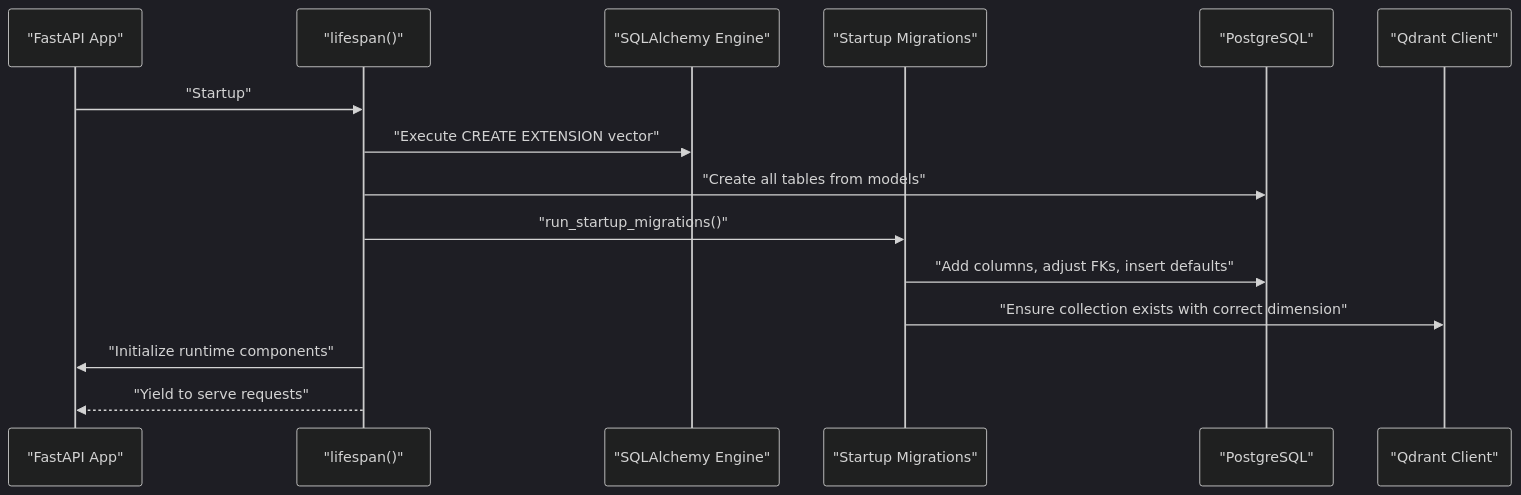
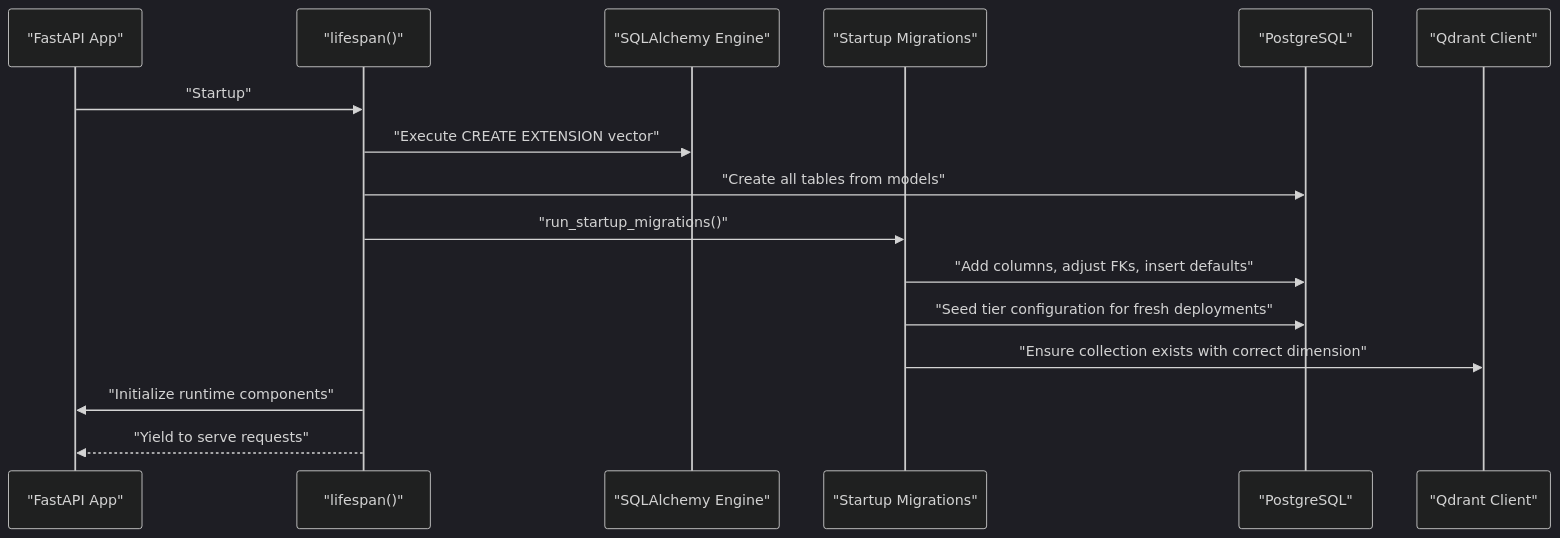
Before and after one commit to genes8/private-ai: the second of 9 diagrams in .qoder/repowiki/en/content/Backend Development/Database Integration/Startup Schema Management.md, drawn with Mermaid (dark theme). The commit also changed other lines of this file and 101 other files, not shown here.

````diff
--- a/.qoder/repowiki/en/content/Backend Development/Database Integration/Startup Schema Management.md
+++ b/.qoder/repowiki/en/content/Backend Development/Database Integration/Startup Schema Management.md
@@ -99,17 +113,18 @@
 ```mermaid
 sequenceDiagram
 participant App as "FastAPI App"
 participant Lifespan as "lifespan()"
 participant Engine as "SQLAlchemy Engine"
 participant Migr as "Startup Migrations"
 participant DB as "PostgreSQL"
 participant Qdrant as "Qdrant Client"
 App->>Lifespan : "Startup"
 Lifespan->>Engine : "Execute CREATE EXTENSION vector"
 Lifespan->>DB : "Create all tables from models"
 Lifespan->>Migr : "run_startup_migrations()"
 Migr->>DB : "Add columns, adjust FKs, insert defaults"
+Migr->>DB : "Seed tier configuration for fresh deployments"
 Migr->>Qdrant : "Ensure collection exists with correct dimension"
 Lifespan->>App : "Initialize runtime components"
 Lifespan-->>App : "Yield to serve requests"
 ```
````
